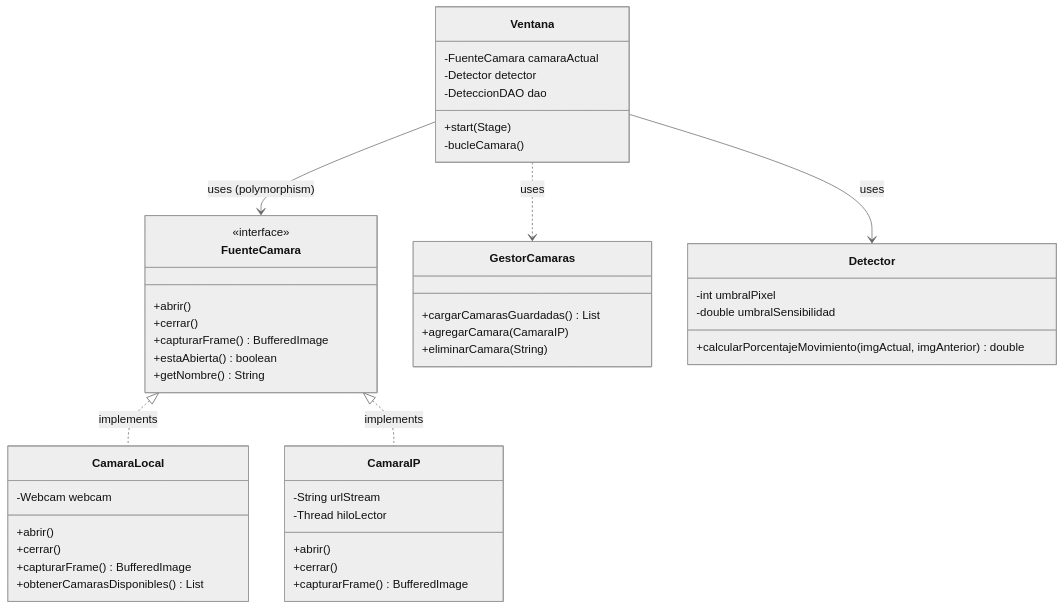
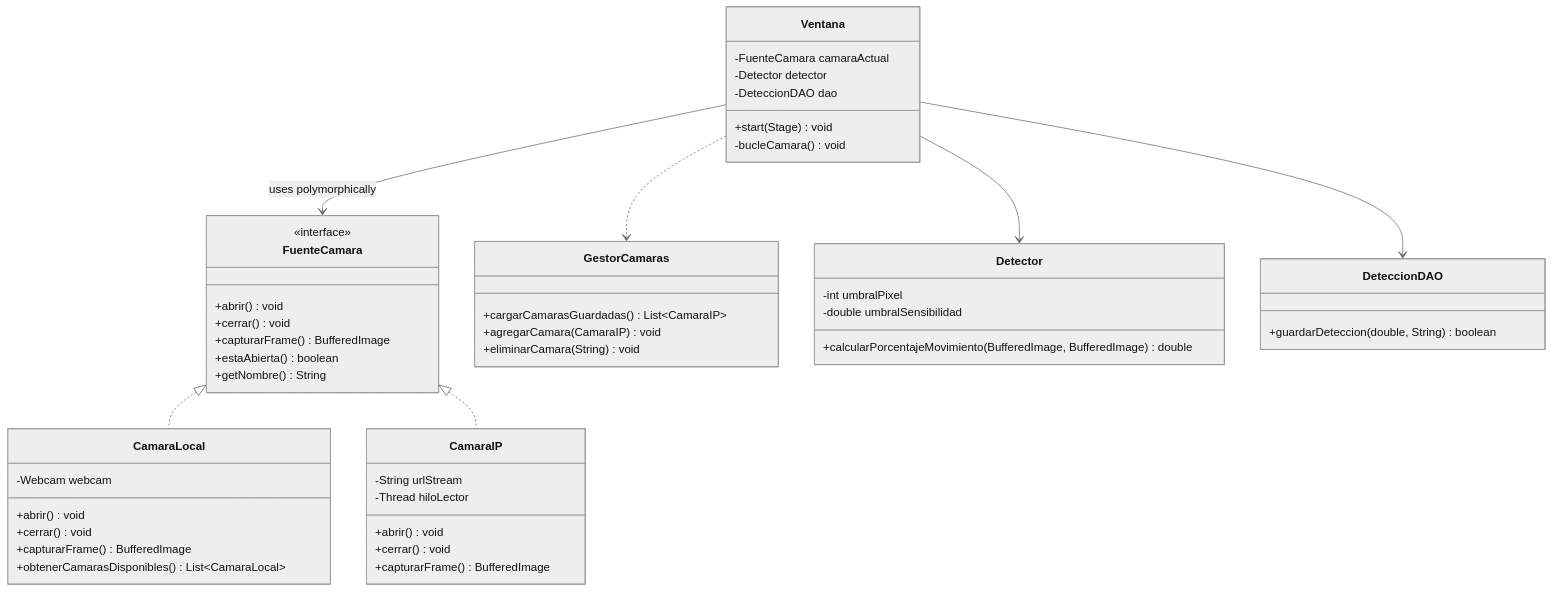
The diagram in README.md (JLoayz/FrameDiff-Security-System), drawn with Mermaid (neutral theme) before and after one commit. The commit also changed other lines of this file, not shown here.

````diff
--- a/README.md
+++ b/README.md
@@ -83,53 +101,58 @@
 ```mermaid
 classDiagram
     class FuenteCamara {
         <<interface>>
-        +abrir()
-        +cerrar()
+        +abrir() void
+        +cerrar() void
         +capturarFrame() BufferedImage
         +estaAbierta() boolean
         +getNombre() String
     }
 
     class CamaraLocal {
         -Webcam webcam
-        +abrir()
-        +cerrar()
+        +abrir() void
+        +cerrar() void
         +capturarFrame() BufferedImage
-        +obtenerCamarasDisponibles() List
+        +obtenerCamarasDisponibles() List~CamaraLocal~
     }
 
     class CamaraIP {
         -String urlStream
         -Thread hiloLector
-        +abrir()
-        +cerrar()
+        +abrir() void
+        +cerrar() void
         +capturarFrame() BufferedImage
     }
 
     class GestorCamaras {
-        +cargarCamarasGuardadas() List
-        +agregarCamara(CamaraIP)
-        +eliminarCamara(String)
+        +cargarCamarasGuardadas() List~CamaraIP~
+        +agregarCamara(CamaraIP) void
+        +eliminarCamara(String) void
     }
 
     class Detector {
         -int umbralPixel
         -double umbralSensibilidad
-        +calcularPorcentajeMovimiento(imgActual, imgAnterior) double
+        +calcularPorcentajeMovimiento(BufferedImage, BufferedImage) double
+    }
+
+    class DeteccionDAO {
+        +guardarDeteccion(double, String) boolean
     }
 
     class Ventana {
         -FuenteCamara camaraActual
         -Detector detector
         -DeteccionDAO dao
-        +start(Stage)
-        -bucleCamara()
+        +start(Stage) void
+        -bucleCamara() void
     }
 
-    FuenteCamara <|.. CamaraLocal : implements
-    FuenteCamara <|.. CamaraIP : implements
-    Ventana --> FuenteCamara : uses (polymorphism)
-    Ventana --> Detector : uses
-    Ventana ..> GestorCamaras : uses
+    FuenteCamara <|.. CamaraLocal
+    FuenteCamara <|.. CamaraIP
+    Ventana --> FuenteCamara : uses polymorphically
+    Ventana --> Detector
+    Ventana --> DeteccionDAO
+    Ventana ..> GestorCamaras
 ```
````
